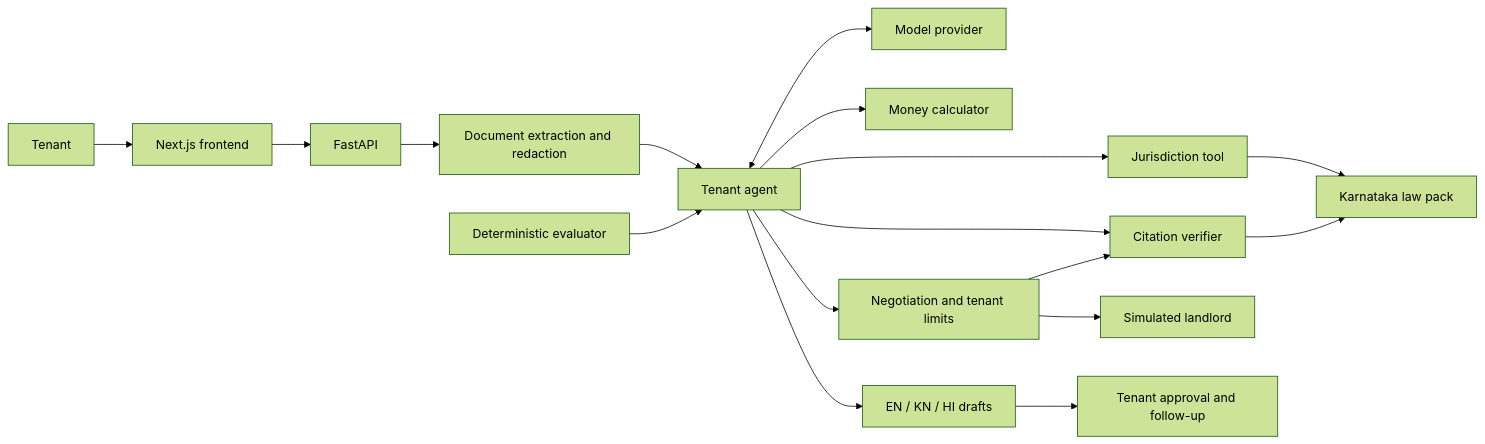
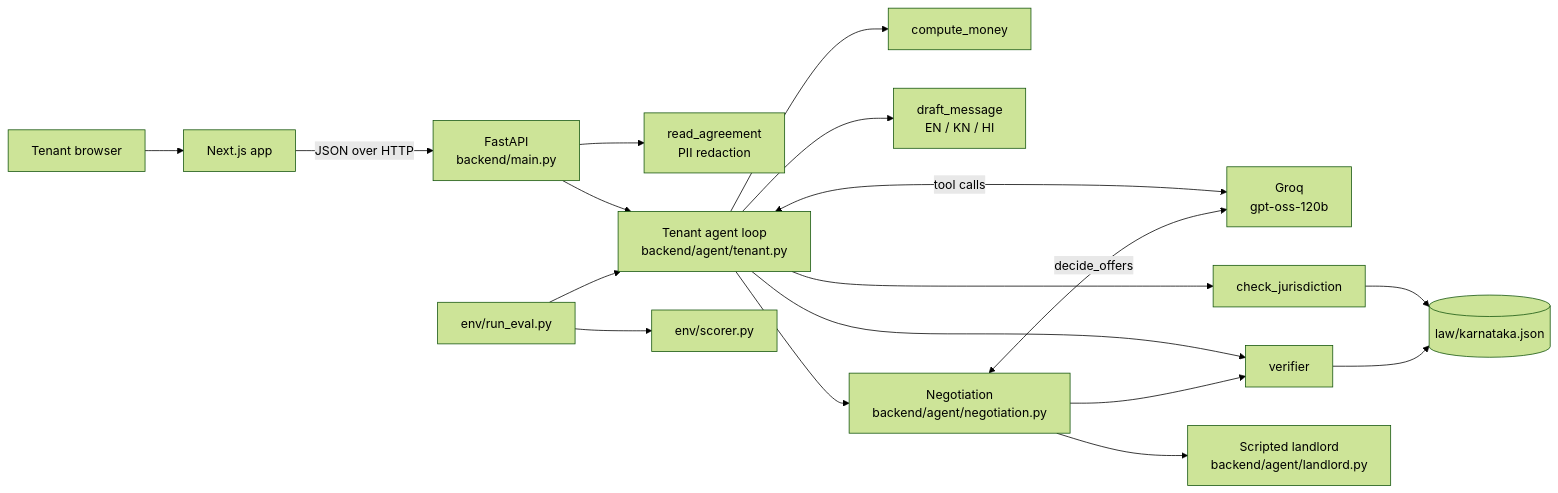
Before and after one commit to ekkerihasan/dhara: the diagram in README.md, drawn with Mermaid (forest theme). The commit also changed other lines of this file, not shown here.

````diff
--- a/README.md
+++ b/README.md
@@ -82,19 +145,20 @@
 ```mermaid
 flowchart LR
-    U[Tenant] --> F[Next.js frontend]
-    F --> A[FastAPI]
-    A --> R[Document extraction and redaction]
-    R --> T[Tenant agent]
-    T <--> M[Model provider]
-    T --> J[Jurisdiction tool]
-    T --> C[Money calculator]
-    T --> V[Citation verifier]
-    T --> N[Negotiation and tenant limits]
-    N --> L[Simulated landlord]
+    T[Tenant browser] --> F[Next.js app]
+    F -->|JSON over HTTP| A[FastAPI<br/>backend/main.py]
+    A --> R[read_agreement<br/>PII redaction]
+    A --> G[Tenant agent loop<br/>backend/agent/tenant.py]
+    G <-->|tool calls| M[Groq<br/>gpt-oss-120b]
+    G --> J[check_jurisdiction]
+    G --> C[compute_money]
+    G --> V[verifier]
+    G --> D[draft_message<br/>EN / KN / HI]
+    G --> N[Negotiation<br/>backend/agent/negotiation.py]
+    N <-->|decide_offers| M
+    N --> O[Scripted landlord<br/>backend/agent/landlord.py]
     N --> V
-    J --> P[Karnataka law pack]
-    V --> P
-    T --> D[EN / KN / HI drafts]
-    D --> G[Tenant approval and follow-up]
-    E[Deterministic evaluator] --> T
+    J --> L[(law/karnataka.json)]
+    V --> L
+    E[env/run_eval.py] --> G
+    E --> S[env/scorer.py]
 ```
````
